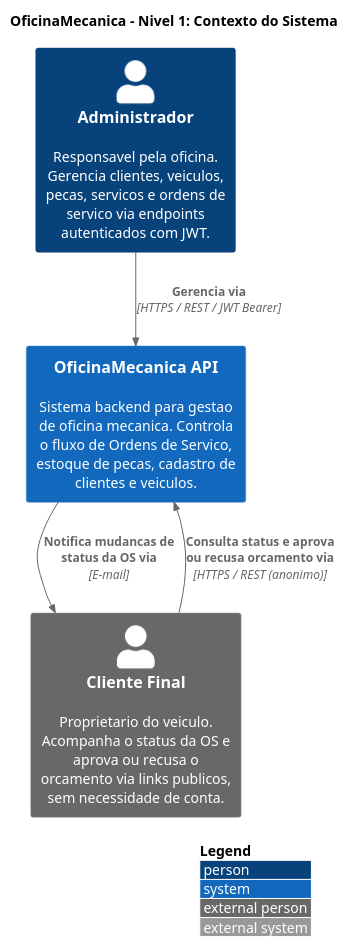
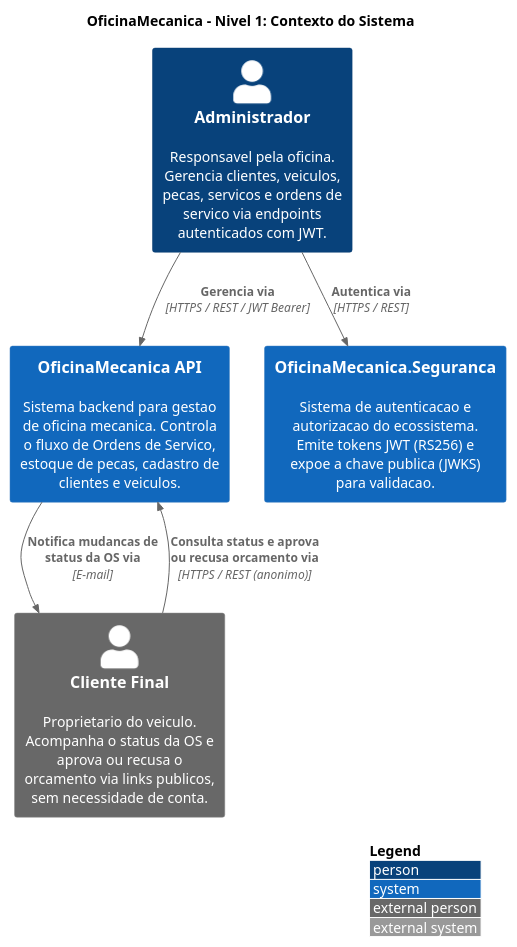
The diagram in docs/c4-nivel1-contexto.puml (willianrmattos/OficinaMecanica), drawn with PlantUML before and after one commit. The commit also changed 30 other files, not shown here.

First line of the commit message:
feat: remove emissao de JWT do monolito, valida so RS256/JWKS do OficinaMecanica.Seguranca

```diff
--- a/docs/c4-nivel1-contexto.puml
+++ b/docs/c4-nivel1-contexto.puml
@@ -1,18 +1,20 @@
 @startuml c4-nivel1-contexto
 !include <C4/C4_Context>
 
 LAYOUT_TOP_DOWN()
 LAYOUT_WITH_LEGEND()
 
 title OficinaMecanica - Nivel 1: Contexto do Sistema
 
 Person(admin, "Administrador", "Responsavel pela oficina. Gerencia clientes, veiculos, pecas, servicos e ordens de servico via endpoints autenticados com JWT.")
 Person_Ext(cliente, "Cliente Final", "Proprietario do veiculo. Acompanha o status da OS e aprova ou recusa o orcamento via links publicos, sem necessidade de conta.")
 
 System(oficina, "OficinaMecanica API", "Sistema backend para gestao de oficina mecanica. Controla o fluxo de Ordens de Servico, estoque de pecas, cadastro de clientes e veiculos.")
+System(seguranca, "OficinaMecanica.Seguranca", "Sistema de autenticacao e autorizacao do ecossistema. Emite tokens JWT (RS256) e expoe a chave publica (JWKS) para validacao.")
 
+Rel(admin, seguranca, "Autentica via", "HTTPS / REST")
 Rel(admin, oficina, "Gerencia via", "HTTPS / REST / JWT Bearer")
 Rel(cliente, oficina, "Consulta status e aprova ou recusa orcamento via", "HTTPS / REST (anonimo)")
 Rel(oficina, cliente, "Notifica mudancas de status da OS via", "E-mail")
 
 @enduml
```
